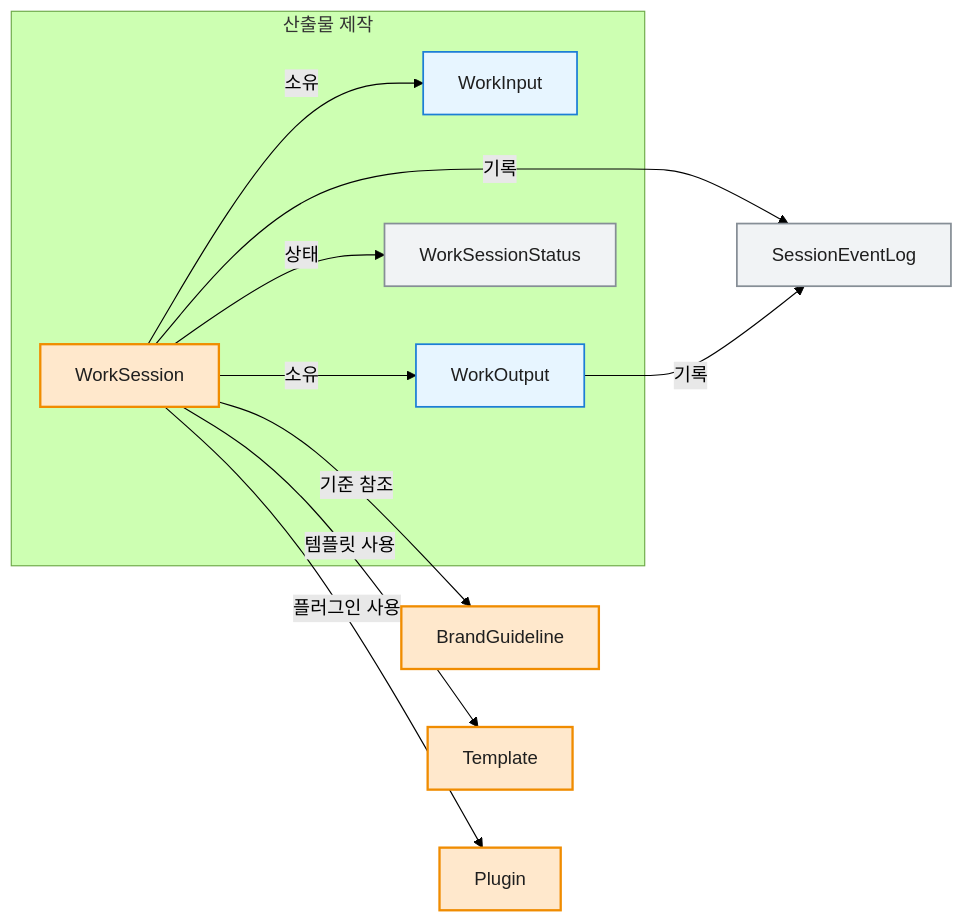
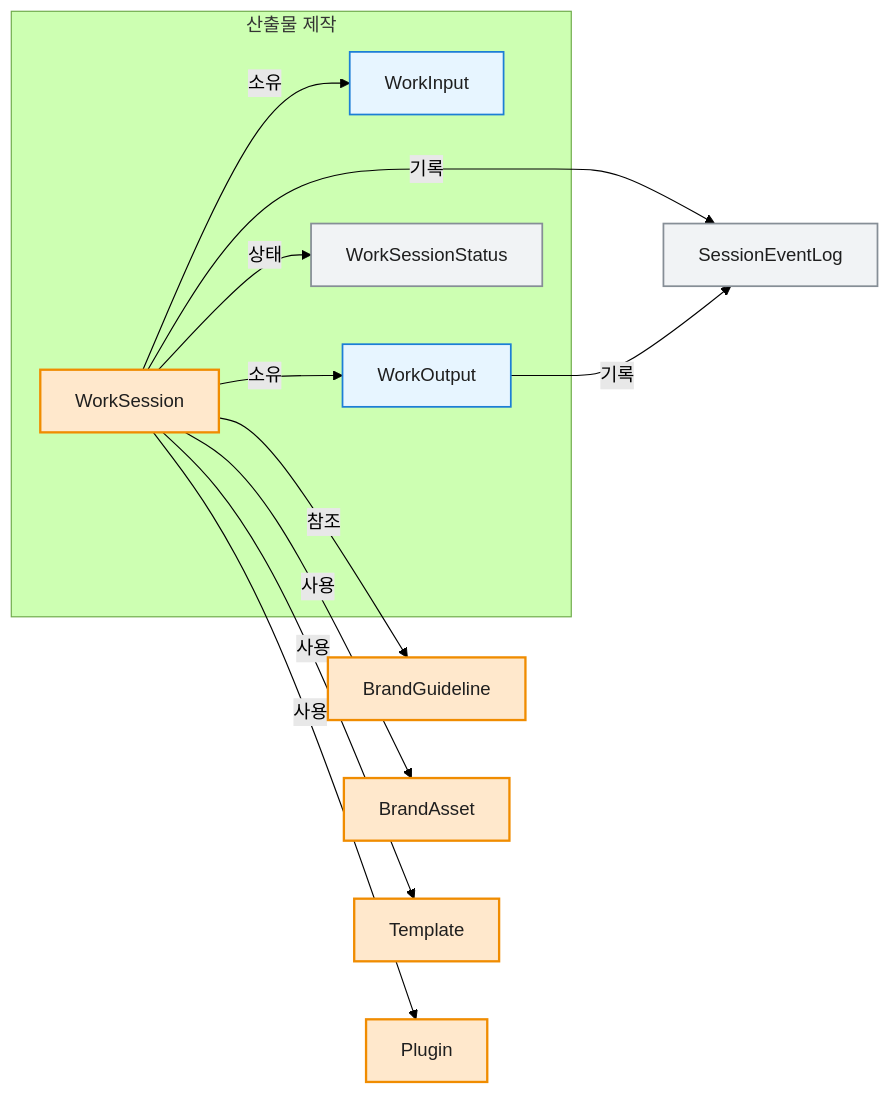
The fourth of 6 diagrams in docs/04-domain-model.md (ewoooo/living-brand-system), drawn with Mermaid (forest theme) before and after one commit. The commit also changed other lines of this file and 2 other files, not shown here.

````diff
--- a/docs/04-domain-model.md
+++ b/docs/04-domain-model.md
@@ -348,31 +353,33 @@
 ```mermaid
 flowchart LR
   subgraph WorkCreation["산출물 제작"]
     WorkSession["WorkSession"]
     WorkInput["WorkInput"]
     WorkOutput["WorkOutput"]
     WorkSessionStatus["WorkSessionStatus"]
   end
 
   SessionEventLog["SessionEventLog"]
   BrandGuideline["BrandGuideline"]
+  BrandAsset["BrandAsset"]
   Template["Template"]
   Plugin["Plugin"]
 
-  WorkSession -->|"기준 참조"| BrandGuideline
-  WorkSession -->|"템플릿 사용"| Template
-  WorkSession -->|"플러그인 사용"| Plugin
+  WorkSession -->|"참조"| BrandGuideline
+  WorkSession -->|"사용"| BrandAsset
+  WorkSession -->|"사용"| Template
+  WorkSession -->|"사용"| Plugin
   WorkSession -->|"소유"| WorkInput
   WorkSession -->|"소유"| WorkOutput
   WorkSession -->|"상태"| WorkSessionStatus
   WorkSession -->|"기록"| SessionEventLog
   WorkOutput -->|"기록"| SessionEventLog
 
   classDef aggregate fill:#FFE8CC,stroke:#F08C00,stroke-width:2px,color:#1F1F1F;
   classDef entity fill:#E7F5FF,stroke:#1C7ED6,stroke-width:1.5px,color:#1F1F1F;
   classDef record fill:#F1F3F5,stroke:#868E96,stroke-width:1.5px,color:#1F1F1F;
 
-  class WorkSession,BrandGuideline,Template,Plugin aggregate;
+  class WorkSession,BrandGuideline,BrandAsset,Template,Plugin aggregate;
   class WorkInput,WorkOutput entity;
   class WorkSessionStatus,SessionEventLog record;
 ```
````
